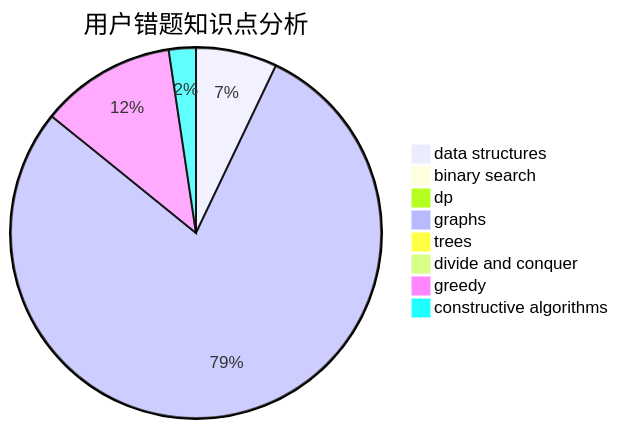
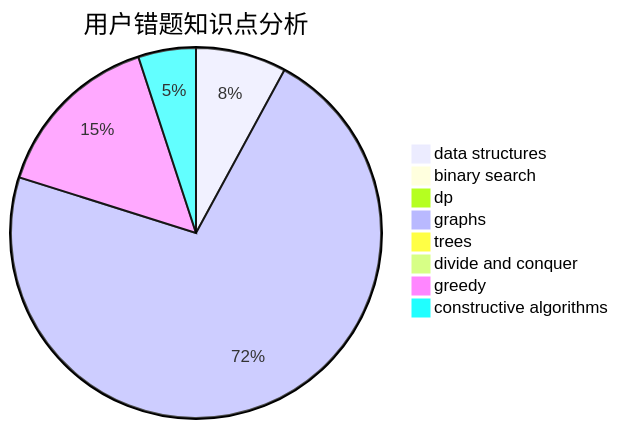
The third of 3 diagrams in docs/user/u277.md (sherpahu/cfrs.github.io), drawn with Mermaid before and after one commit. The commit also changed other lines of this file and 2770 other files, not shown here.

````diff
--- a/docs/user/u277.md
+++ b/docs/user/u277.md
@@ -36,11 +36,11 @@
 ```mermaid
 pie title 用户错题知识点分析
-    "data structures" :  9
+    "data structures" :  11
     "binary search" :  0
     "dp" :  0
     "graphs" :  100
     "trees" :  0
     "divide and conquer" :  0
-    "greedy" :  15
-    "constructive algorithms" :  3
+    "greedy" :  21
+    "constructive algorithms" :  7
 ```
````
